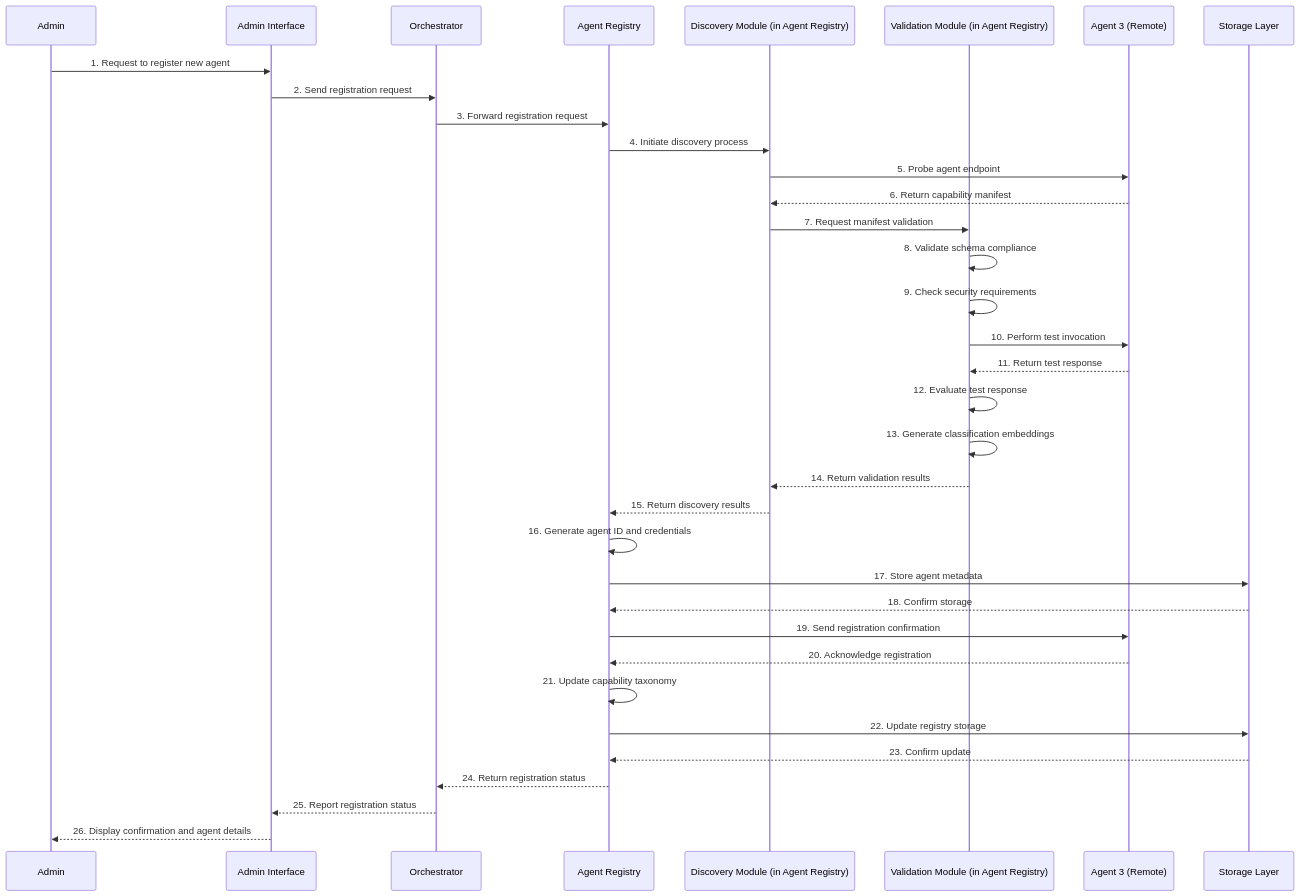
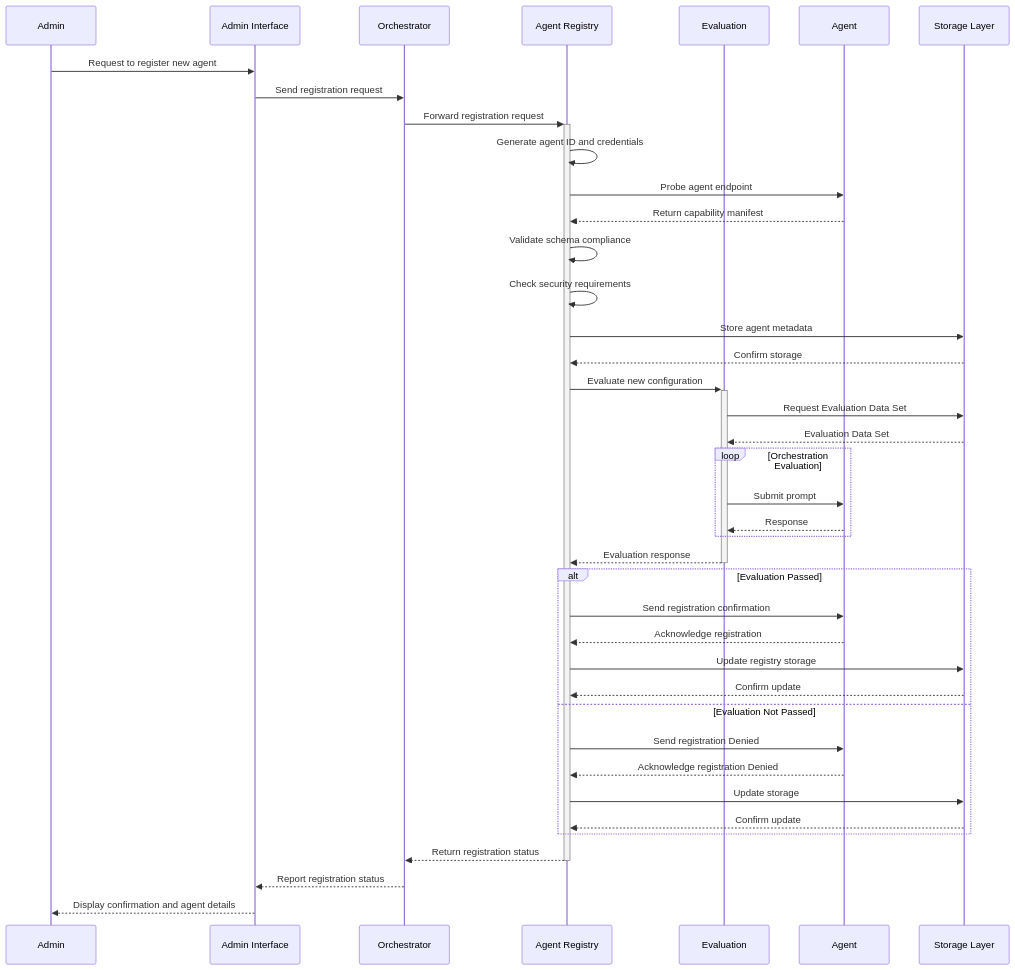
The diagram in docs/Multi-Agent-AgentRegistration-SequenceDiagram.md (microsoft/multi-agent-reference-architecture), drawn with Mermaid before and after one commit.

Commit message:
doc: Review Agent Registration Sequence Diagram

````diff
--- a/docs/Multi-Agent-AgentRegistration-SequenceDiagram.md
+++ b/docs/Multi-Agent-AgentRegistration-SequenceDiagram.md
@@ -1,45 +1,44 @@
 ```mermaid
 sequenceDiagram
     participant Admin as Admin
     participant AdminApp as Admin Interface
     participant Orch as Orchestrator
     participant AgReg as Agent Registry
-    participant DiscM as Discovery Module (in Agent Registry)
-    participant ValM as Validation Module (in Agent Registry)
-    participant Agent3 as Agent 3 (Remote)
+    participant ValM as Evaluation
+    participant Agent3 as Agent
     participant StorL as Storage Layer
     
-    Admin->>AdminApp: 1. Request to register new agent
-    AdminApp->>Orch: 2. Send registration request
-    Orch->>AgReg: 3. Forward registration request
-    AgReg->>DiscM: 4. Initiate discovery process
-    
-    DiscM->>Agent3: 5. Probe agent endpoint
-    Agent3-->>DiscM: 6. Return capability manifest
-    
-    DiscM->>ValM: 7. Request manifest validation
-    ValM->>ValM: 8. Validate schema compliance
-    ValM->>ValM: 9. Check security requirements
-    ValM->>Agent3: 10. Perform test invocation
-    Agent3-->>ValM: 11. Return test response
-    ValM->>ValM: 12. Evaluate test response
-    ValM->>ValM: 13. Generate classification embeddings
-    
-    ValM-->>DiscM: 14. Return validation results
-    DiscM-->>AgReg: 15. Return discovery results
-    
-    AgReg->>AgReg: 16. Generate agent ID and credentials
-    AgReg->>StorL: 17. Store agent metadata
-    StorL-->>AgReg: 18. Confirm storage
-    
-    AgReg->>Agent3: 19. Send registration confirmation
-    Agent3-->>AgReg: 20. Acknowledge registration
-    
-    AgReg->>AgReg: 21. Update capability taxonomy
-    AgReg->>StorL: 22. Update registry storage
-    StorL-->>AgReg: 23. Confirm update
-    
-    AgReg-->>Orch: 24. Return registration status
-    Orch-->>AdminApp: 25. Report registration status
-    AdminApp-->>Admin: 26. Display confirmation and agent details
+    Admin->>AdminApp: Request to register new agent
+    AdminApp->>Orch: Send registration request
+    Orch->>+AgReg: Forward registration request
+    AgReg->>AgReg: Generate agent ID and credentials
+    AgReg->>Agent3: Probe agent endpoint
+    Agent3-->>AgReg: Return capability manifest
+    AgReg->>AgReg: Validate schema compliance
+    AgReg->>AgReg: Check security requirements
+    AgReg->>StorL: Store agent metadata
+    StorL-->>AgReg: Confirm storage
+    AgReg->>+ValM: Evaluate new configuration
+    ValM->>StorL: Request Evaluation Data Set
+    StorL-->>ValM: Evaluation Data Set
+    loop Orchestration Evaluation
+        ValM->>Agent3: Submit prompt
+        Agent3-->>ValM: Response
+    end
+    ValM-->>-AgReg: Evaluation response
+
+    alt Evaluation Passed
+        AgReg->>Agent3: Send registration confirmation
+        Agent3-->>AgReg: Acknowledge registration
+        AgReg->>StorL: Update registry storage
+        StorL-->>AgReg: Confirm update
+    else Evaluation Not Passed
+        AgReg->>Agent3: Send registration Denied
+        Agent3-->>AgReg: Acknowledge registration Denied
+        AgReg->>StorL: Update storage
+        StorL-->>AgReg: Confirm update
+    end
+    AgReg-->>-Orch: Return registration status
+    Orch-->>AdminApp: Report registration status
+    AdminApp-->>Admin: Display confirmation and agent details
 ```
````
